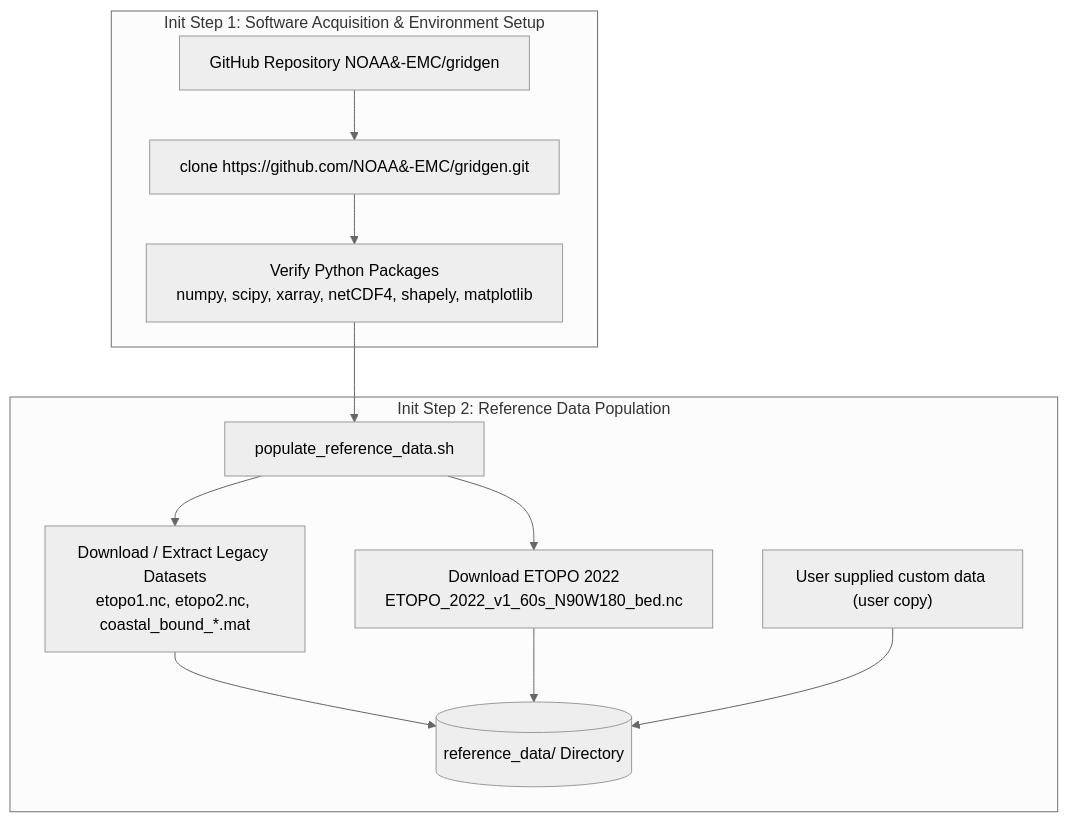
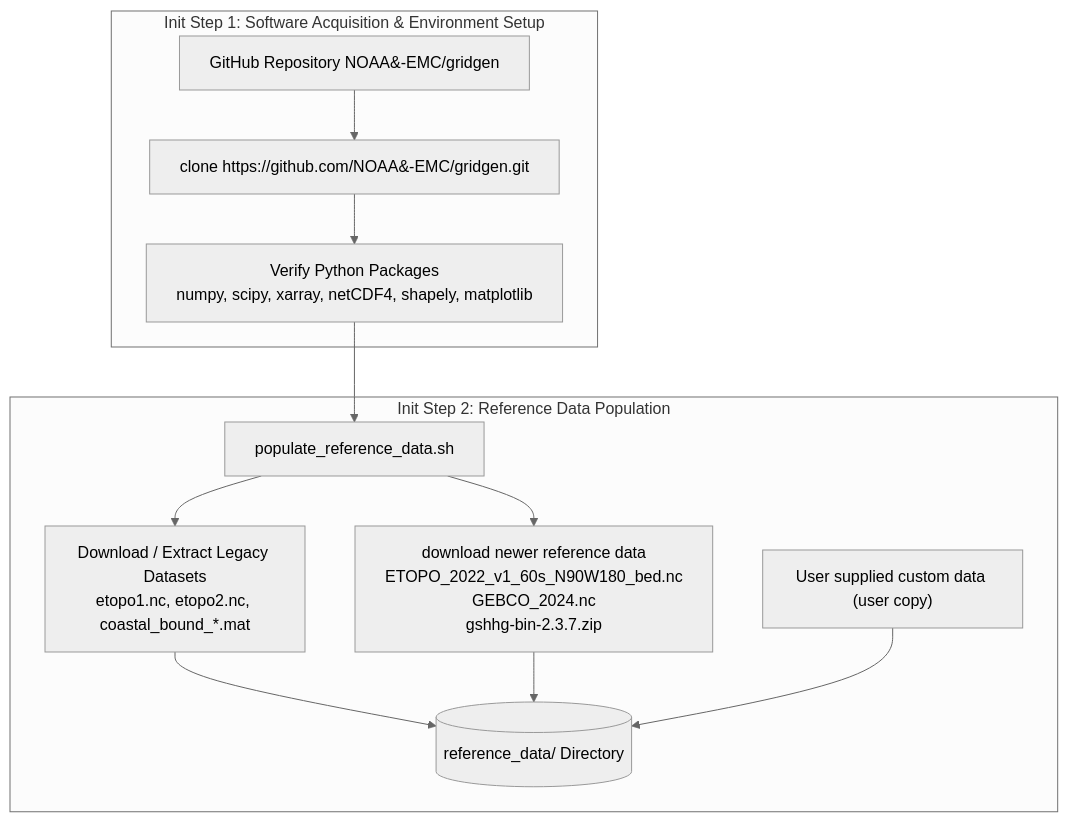
The first of 2 diagrams in ARCHITECTURE.md (HendrikTolman-NOAA/gridgen), drawn with Mermaid (neutral theme) before and after one commit. The commit also changed 1 other file, not shown here.

Commit message:
Update ARCHITECTURE.md diagram and suppress run_gridgen.sh clean summary
- Update central box in ARCHITECTURE.md Init Step 2 with title 'download newer reference data' and file names
- Suppress grid configuration summary output when run_gridgen.sh clean option is invoked

````diff
--- a/ARCHITECTURE.md
+++ b/ARCHITECTURE.md
@@ -25,19 +25,19 @@
 ```mermaid
 flowchart TD
     subgraph Init Step 1: Software Acquisition & Environment Setup
         A0["GitHub&nbsp;Repository&nbsp;NOAA&#8209;EMC/gridgen"] --> A1["clone&nbsp;https://github.com/NOAA&#8209;EMC/gridgen.git"]
         A1 --> A2["Verify&nbsp;Python&nbsp;Packages<br/>numpy,&nbsp;scipy,&nbsp;xarray,&nbsp;netCDF4,&nbsp;shapely,&nbsp;matplotlib"]
     end
 
     subgraph Init Step 2: Reference Data Population
         B[populate_reference_data.sh]
         B --> C1["Download / Extract Legacy Datasets<br/>etopo1.nc, etopo2.nc, coastal_bound_*.mat"]
-        B --> C2["Download ETOPO 2022<br/>ETOPO_2022_v1_60s_N90W180_bed.nc"]
+        B --> C2["download newer reference data<br/>ETOPO_2022_v1_60s_N90W180_bed.nc<br/>GEBCO_2024.nc<br/>gshhg-bin-2.3.7.zip"]
         C3["User supplied custom data (user copy)"]
         C1 --> D[(reference_data/ Directory)]
         C2 --> D
         C3 --> D
     end
 
     A2 --> B
 ```
````
